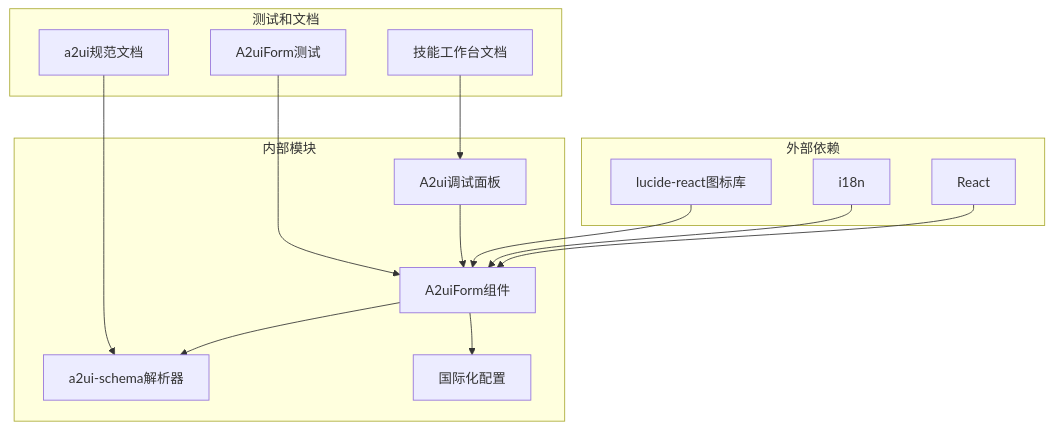
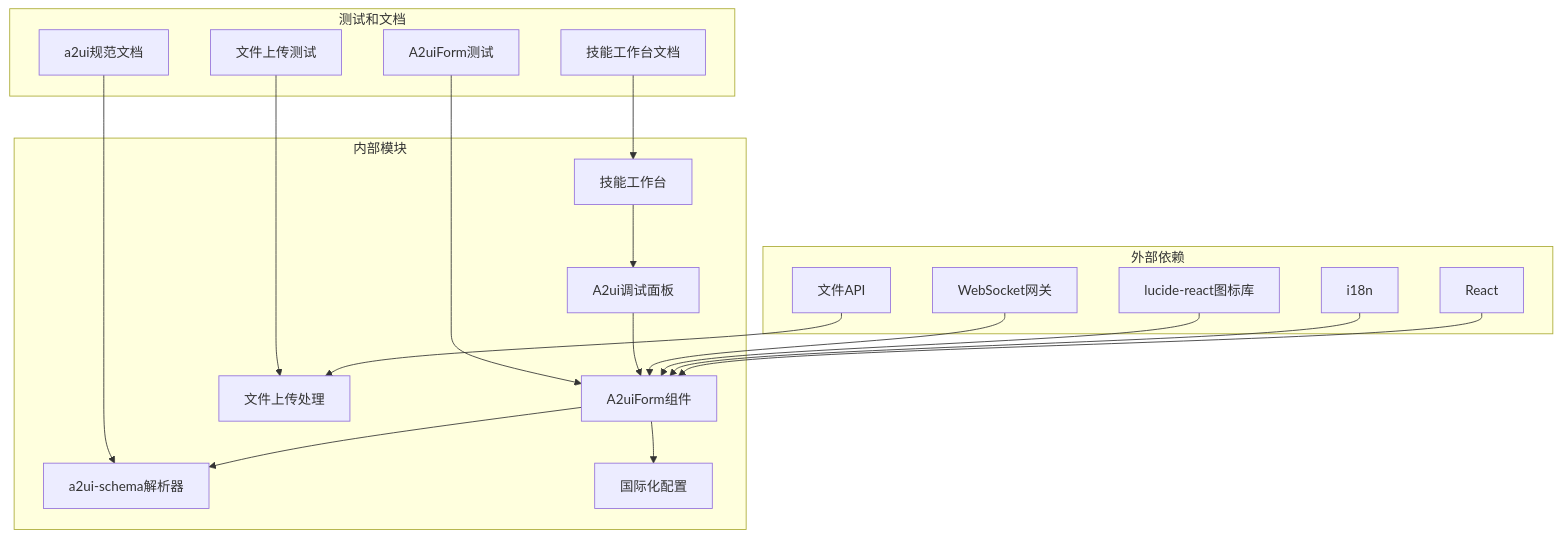
Before and after one commit to WW-AI-Lab/openclaw-office: the sixth of 6 diagrams in .qoder/repowiki/zh/content/项目概述/核心功能介绍/控制台管理界面/Skills技能管理/A2UI输入表单系统.md, drawn with Mermaid. The commit also changed other lines of this file and 11 other files, not shown here.

````diff
--- a/.qoder/repowiki/zh/content/项目概述/核心功能介绍/控制台管理界面/Skills技能管理/A2UI输入表单系统.md
+++ b/.qoder/repowiki/zh/content/项目概述/核心功能介绍/控制台管理界面/Skills技能管理/A2UI输入表单系统.md
@@ -295,28 +319,37 @@
 ```mermaid
 graph TB
 subgraph "外部依赖"
 A[React]
 B[i18n]
 C[lucide-react图标库]
+D[WebSocket网关]
+E[文件API]
 end
 subgraph "内部模块"
-D[A2uiForm组件]
-E[a2ui-schema解析器]
-F[国际化配置]
-G[A2ui调试面板]
+F[A2uiForm组件]
+G[a2ui-schema解析器]
+H[国际化配置]
+I[A2ui调试面板]
+J[技能工作台]
+K[文件上传处理]
 end
 subgraph "测试和文档"
-H[A2uiForm测试]
-I[a2ui规范文档]
-J[技能工作台文档]
+L[A2uiForm测试]
+M[a2ui规范文档]
+N[技能工作台文档]
+O[文件上传测试]
 end
-A --> D
-B --> D
-C --> D
-D --> E
+A --> F
+B --> F
+C --> F
 D --> F
-G --> D
-H --> D
-I --> E
-J --> G
+E --> K
+F --> G
+F --> H
+I --> F
+J --> I
+L --> F
+M --> G
+N --> J
+O --> K
 ```
````
